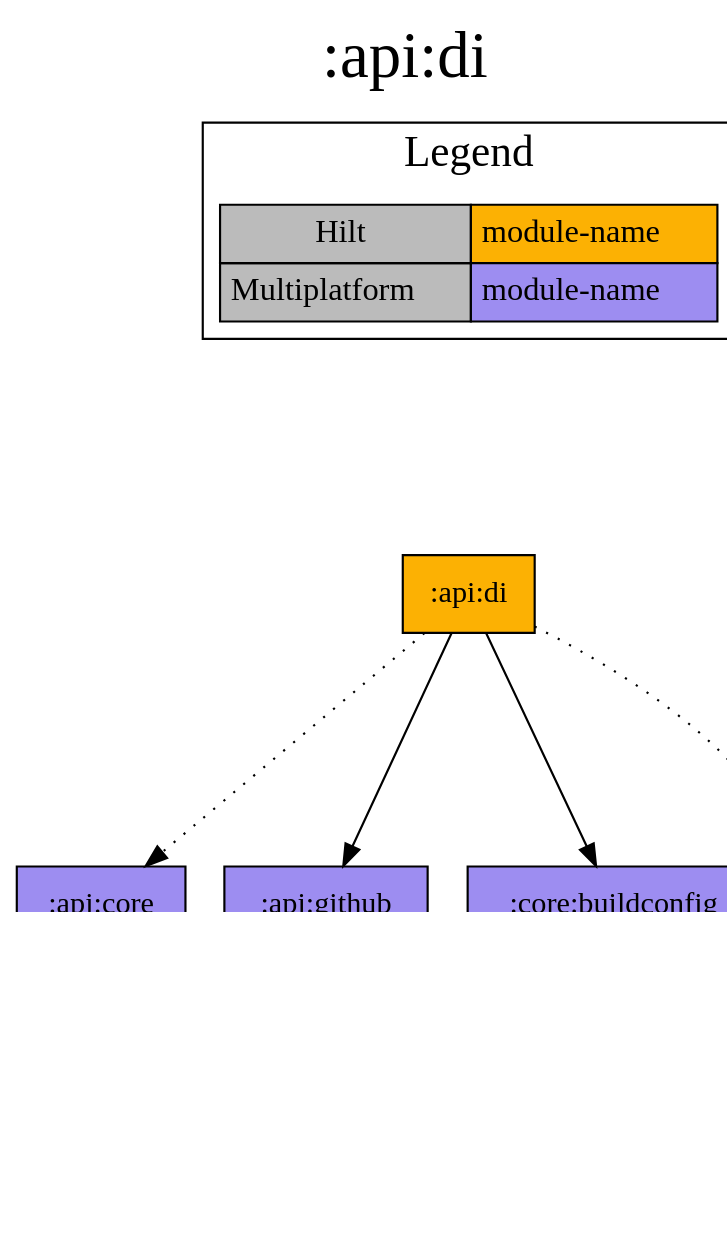
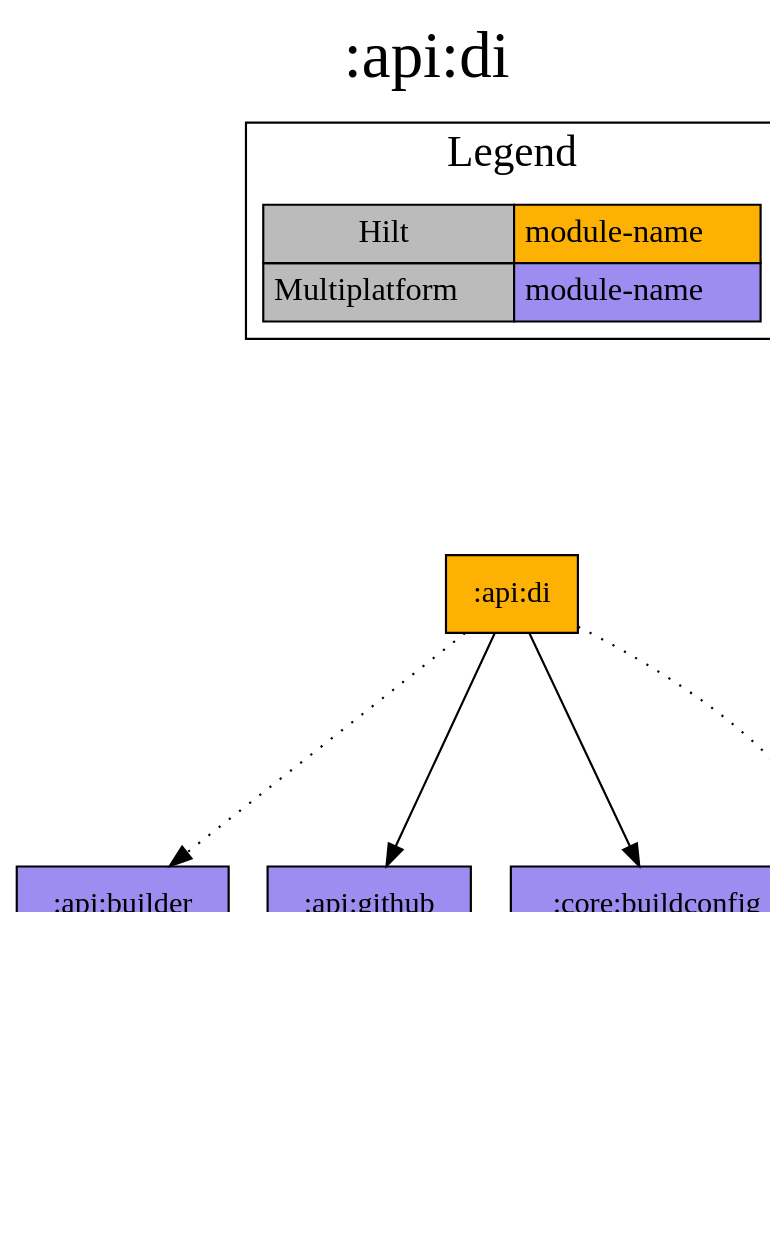
Before and after one commit to jonapoul/aktual: the diagram in modules/api/di/project-dependency-graph.dot, drawn with Graphviz. The commit also changed 87 other files, not shown here.

```diff
--- a/modules/api/di/project-dependency-graph.dot
+++ b/modules/api/di/project-dependency-graph.dot
@@ -1,30 +1,30 @@
 digraph {
 edge ["dir"="forward"]
 graph ["dpi"="100","label"=":api:di","labelloc"="t","fontsize"="30","ranksep"="1.5","rankdir"="TB"]
 node ["style"="filled"]
-":api:core" ["fillcolor"="#9D8DF1","shape"="box"]
+":api:builder" ["fillcolor"="#9D8DF1","shape"="box"]
 ":api:di" ["shape"="box","fillcolor"="#FCB103"]
 ":api:github" ["fillcolor"="#9D8DF1","shape"="box"]
 ":core:buildconfig" ["fillcolor"="#9D8DF1","shape"="box"]
 ":url:model" ["fillcolor"="#9D8DF1","shape"="box"]
 {
 edge ["dir"="none"]
 graph ["rank"="same"]
 ":api:di"
 }
-":api:core" -> ":url:model"
-":api:di" -> ":api:core" ["style"="dotted"]
+":api:builder" -> ":url:model"
+":api:di" -> ":api:builder" ["style"="dotted"]
 ":api:di" -> ":api:github"
 ":api:di" -> ":core:buildconfig"
 ":api:di" -> ":url:model" ["style"="dotted"]
 subgraph "cluster_legend" {
 edge ["dir"="none"]
 graph ["label"="Legend","fontsize"="20"]
 "Legend" ["style"="filled","fillcolor"="#bbbbbb","shape"="none","margin"="0","fontsize"="15","label"=<
 <TABLE BORDER="0" CELLBORDER="1" CELLSPACING="0" CELLPADDING="4">
 <TR><TD>Hilt</TD><TD BGCOLOR="#FCB103">module-name</TD></TR>
 <TR><TD>Multiplatform</TD><TD BGCOLOR="#9D8DF1">module-name</TD></TR>
 </TABLE>
 >]
 } -> ":api:di" ["style"="invis"]
 }
```
